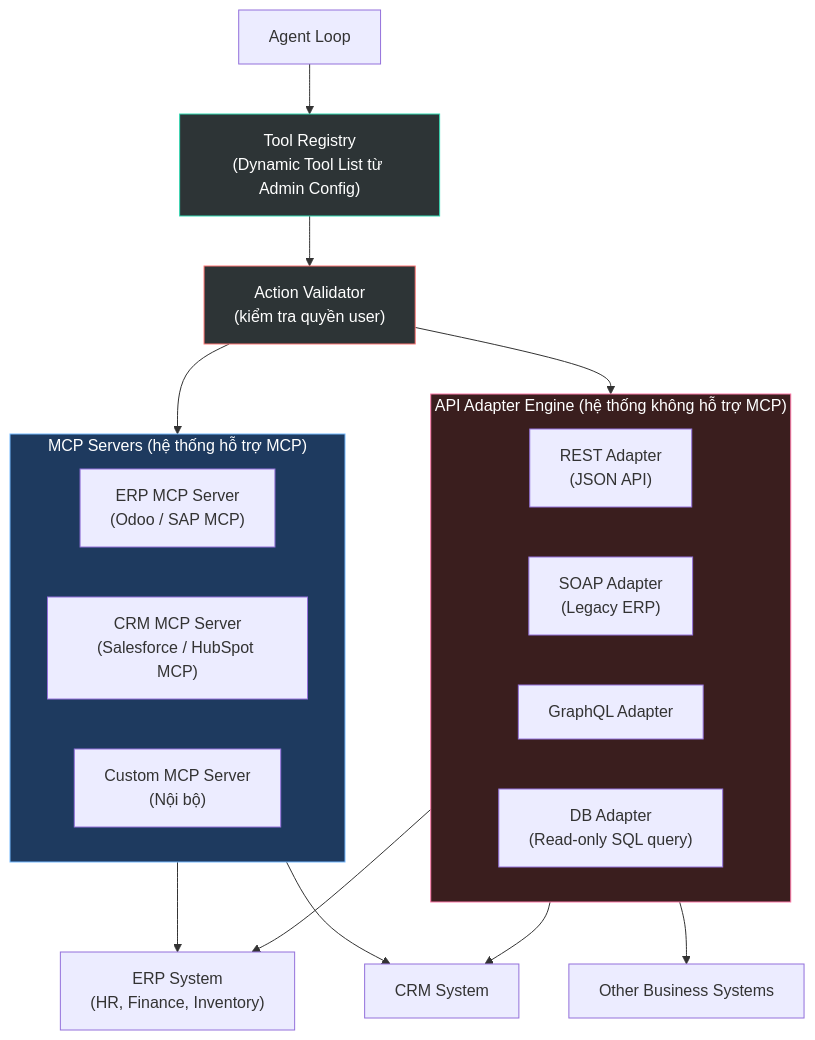
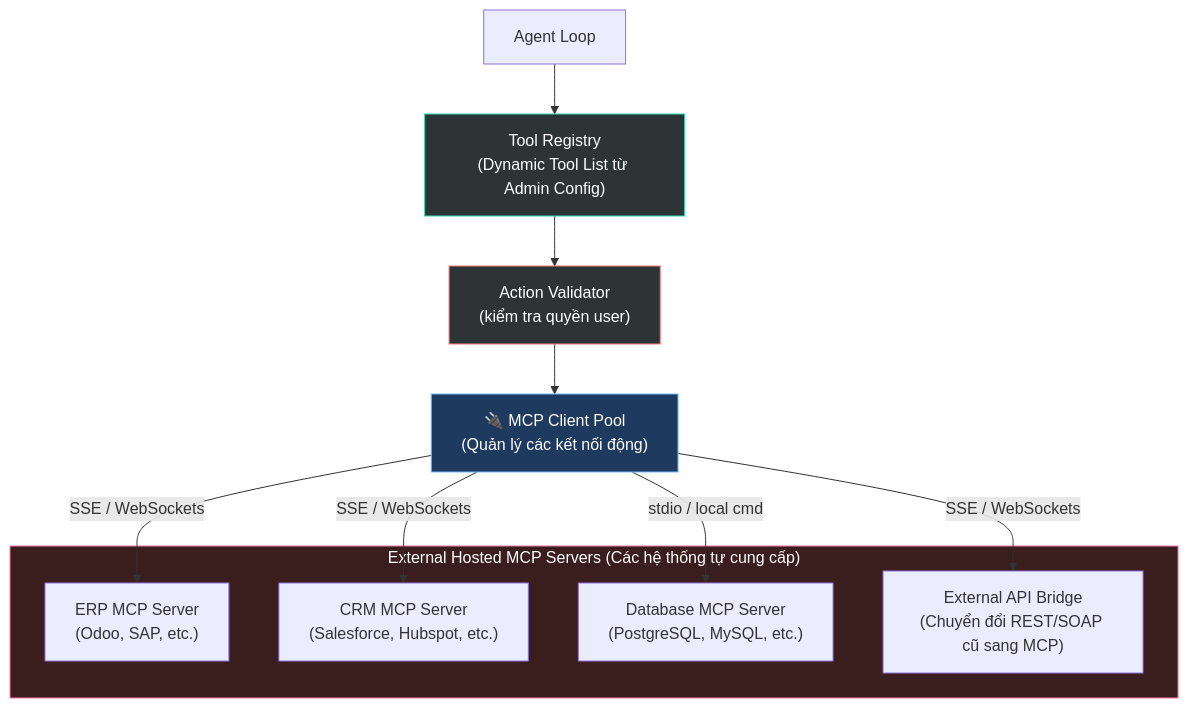
One commit to vietnv5/agentx changed the fourth of 8 diagrams in docs/architecture-overview.md. Above: the diagram before and after it, drawn with Mermaid. The commit also changed other lines of this file and 1 other file, not shown here.

````diff
--- a/docs/architecture-overview.md
+++ b/docs/architecture-overview.md
@@ -265,32 +272,23 @@
 ```mermaid
 flowchart TB
     AGENT["Agent Loop"] --> TR["Tool Registry<br/>(Dynamic Tool List từ Admin Config)"]
     TR --> AV["Action Validator<br/>(kiểm tra quyền user)"]
+    AV --> MC["🔌 MCP Client Pool<br/>(Quản lý các kết nối động)"]
 
-    AV --> MCP_POOL["MCP Server Pool"]
-    AV --> API_ADP["API Adapter Engine"]
-
-    subgraph MCP_POOL["MCP Servers (hệ thống hỗ trợ MCP)"]
-        MCP_ERP["ERP MCP Server<br/>(Odoo / SAP MCP)"]
-        MCP_CRM["CRM MCP Server<br/>(Salesforce / HubSpot MCP)"]
-        MCP_CUSTOM["Custom MCP Server<br/>(Nội bộ)"]
+    subgraph EXT["External Hosted MCP Servers (Các hệ thống tự cung cấp)"]
+        MCP_ERP["ERP MCP Server<br/>(Odoo, SAP, etc.)"]
+        MCP_CRM["CRM MCP Server<br/>(Salesforce, Hubspot, etc.)"]
+        MCP_DB["Database MCP Server<br/>(PostgreSQL, MySQL, etc.)"]
+        MCP_BRIDGE["External API Bridge<br/>(Chuyển đổi REST/SOAP cũ sang MCP)"]
     end
 
-    subgraph API_ADP["API Adapter Engine (hệ thống không hỗ trợ MCP)"]
-        REST["REST Adapter<br/>(JSON API)"]
-        SOAP["SOAP Adapter<br/>(Legacy ERP)"]
-        GQL["GraphQL Adapter"]
-        DB_DIRECT["DB Adapter<br/>(Read-only SQL query)"]
-    end
-
-    MCP_POOL --> ERP["ERP System<br/>(HR, Finance, Inventory)"]
-    MCP_POOL --> CRM_SYS["CRM System"]
-    API_ADP --> ERP
-    API_ADP --> CRM_SYS
-    API_ADP --> OTHER["Other Business Systems"]
+    MC -->|SSE / WebSockets| MCP_ERP
+    MC -->|SSE / WebSockets| MCP_CRM
+    MC -->|stdio / local cmd| MCP_DB
+    MC -->|SSE / WebSockets| MCP_BRIDGE
 
     style TR fill:#2d3436,stroke:#33d9b2,color:#fff
     style AV fill:#2d3436,stroke:#ff7675,color:#fff
-    style MCP_POOL fill:#1e3a5f,stroke:#74b9ff,color:#fff
-    style API_ADP fill:#3a1e1e,stroke:#fd79a8,color:#fff
+    style MC fill:#1e3a5f,stroke:#74b9ff,color:#fff
+    style EXT fill:#3a1e1e,stroke:#fd79a8,color:#fff
 ```
````
